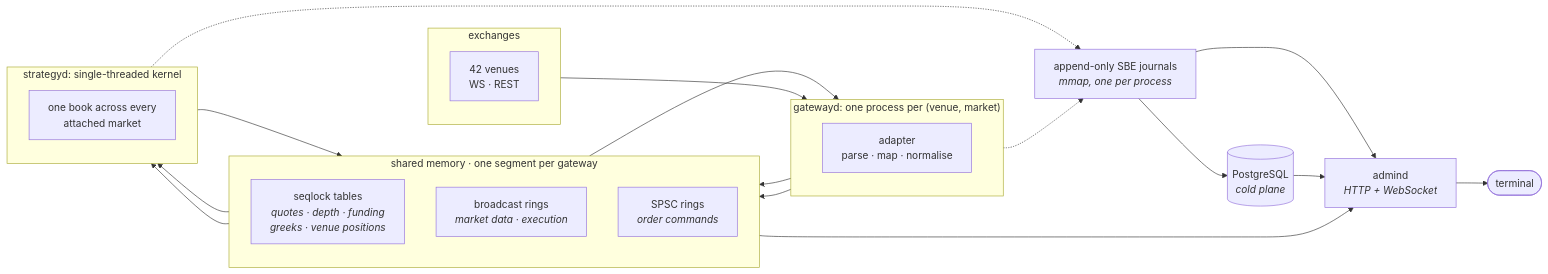
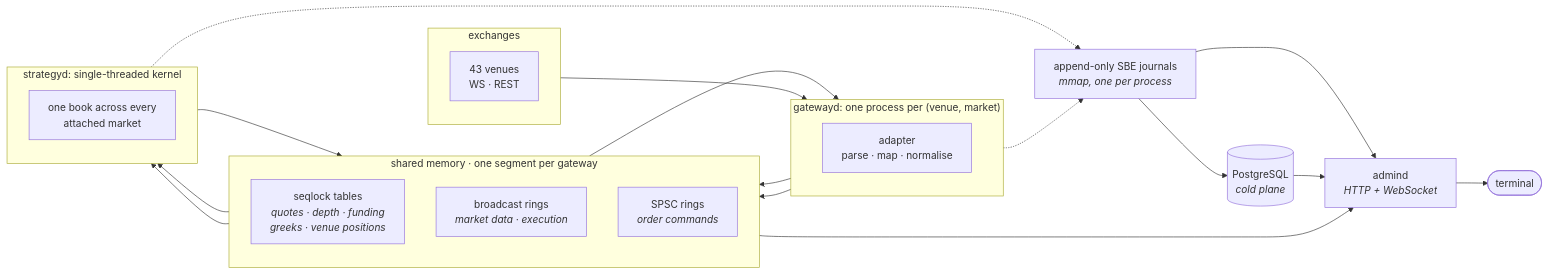
The diagram in docs/README.md (TeachPenguinsFly/raikiri), drawn with Mermaid before and after one commit. The commit also changed other lines of this file and 120 other files, not shown here.

````diff
--- a/docs/README.md
+++ b/docs/README.md
@@ -16,41 +16,41 @@
 ```mermaid
 flowchart LR
     subgraph V["exchanges"]
         direction TB
-        E1["42 venues<br/>WS · REST"]
+        E1["43 venues<br/>WS · REST"]
     end
 
     subgraph G["gatewayd: one process per (venue, market)"]
         direction TB
         GA["adapter<br/>parse · map · normalise"]
     end
 
     subgraph S["shared memory · one segment per gateway"]
         direction TB
         T["seqlock tables<br/><i>quotes · depth · funding<br/>greeks · venue positions</i>"]
         R["broadcast rings<br/><i>market data · execution</i>"]
         C["SPSC rings<br/><i>order commands</i>"]
     end
 
     subgraph K["strategyd: single-threaded kernel"]
         direction TB
         ST["one book across every<br/>attached market"]
     end
 
     J["append-only SBE journals<br/><i>mmap, one per process</i>"]
     P[("PostgreSQL<br/><i>cold plane</i>")]
     A["admind<br/><i>HTTP + WebSocket</i>"]
 
     E1 --> GA
     GA --> T & R
     C --> GA
     T & R --> ST
     ST --> C
     GA -.-> J
     ST -.-> J
     J --> P
     T --> A
     J --> A
     P --> A
     A --> W(["terminal"])
 ```
````
